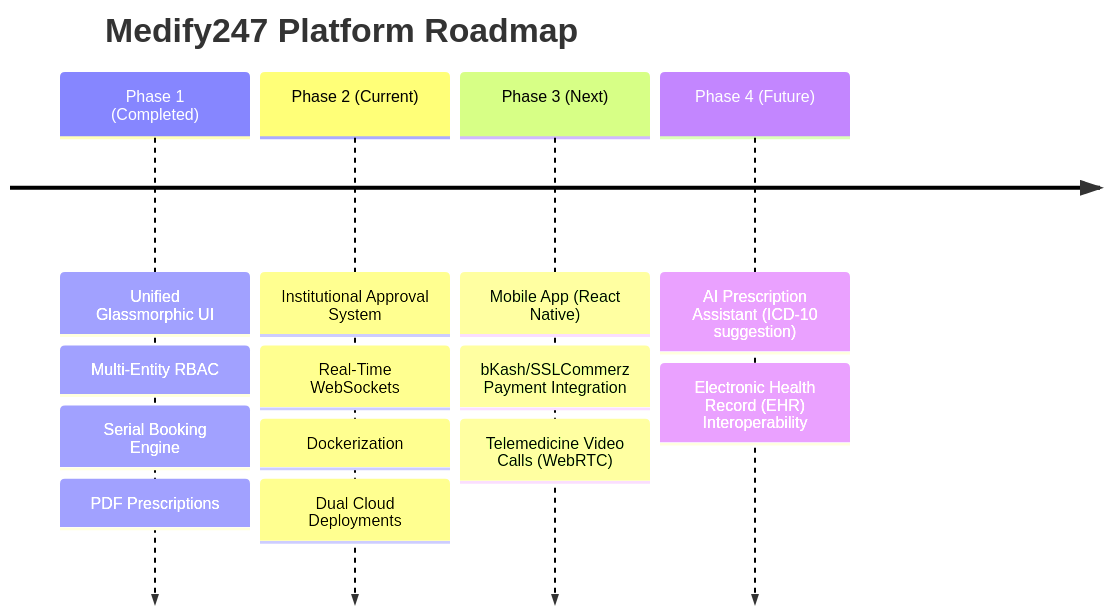
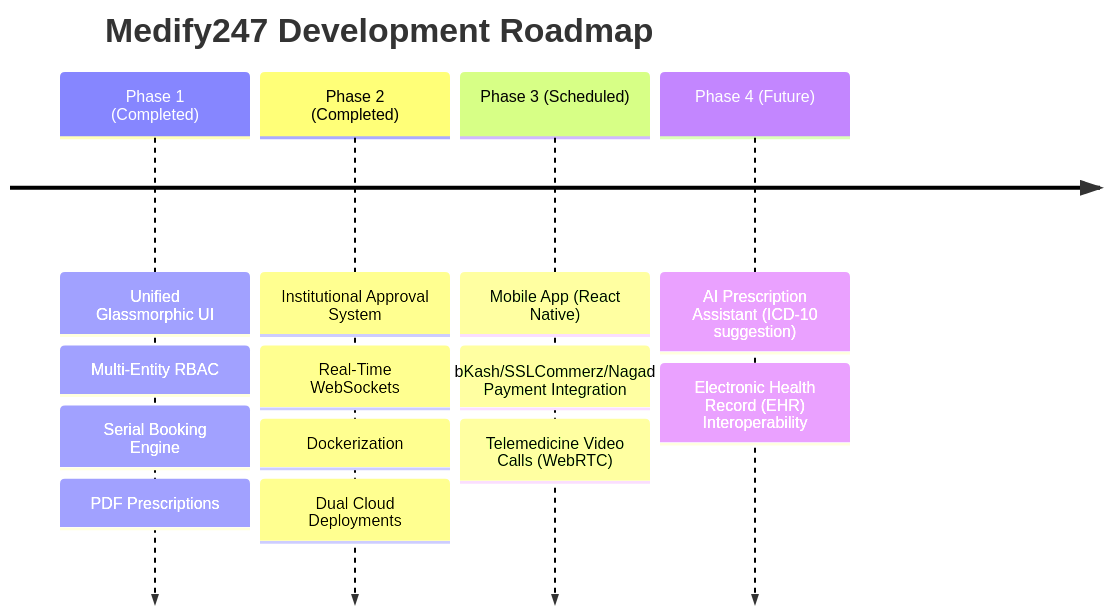
One commit to adil-hussa1n/Medify_247 changed the second of 2 diagrams in PROJECT_OVERVIEW.md. Above: the diagram before and after it, drawn with Mermaid. The commit also changed other lines of this file, not shown here.

Commit message:
Refine PROJECT_OVERVIEW.md with tenant data isolation rules, implementation matrix, placeholder env secrets, ERD updates, and API contracts

````diff
--- a/PROJECT_OVERVIEW.md
+++ b/PROJECT_OVERVIEW.md
@@ -304,8 +285,8 @@
 ```mermaid
 timeline
-    title Medify247 Platform Roadmap
+    title Medify247 Development Roadmap
     Phase 1 (Completed) : Unified Glassmorphic UI : Multi-Entity RBAC : Serial Booking Engine : PDF Prescriptions
-    Phase 2 (Current) : Institutional Approval System : Real-Time WebSockets : Dockerization : Dual Cloud Deployments
-    Phase 3 (Next) : Mobile App (React Native) : bKash/SSLCommerz Payment Integration : Telemedicine Video Calls (WebRTC)
+    Phase 2 (Completed) : Institutional Approval System : Real-Time WebSockets : Dockerization : Dual Cloud Deployments
+    Phase 3 (Scheduled) : Mobile App (React Native) : bKash/SSLCommerz/Nagad Payment Integration : Telemedicine Video Calls (WebRTC)
     Phase 4 (Future) : AI Prescription Assistant (ICD-10 suggestion) : Electronic Health Record (EHR) Interoperability
 ```
````
